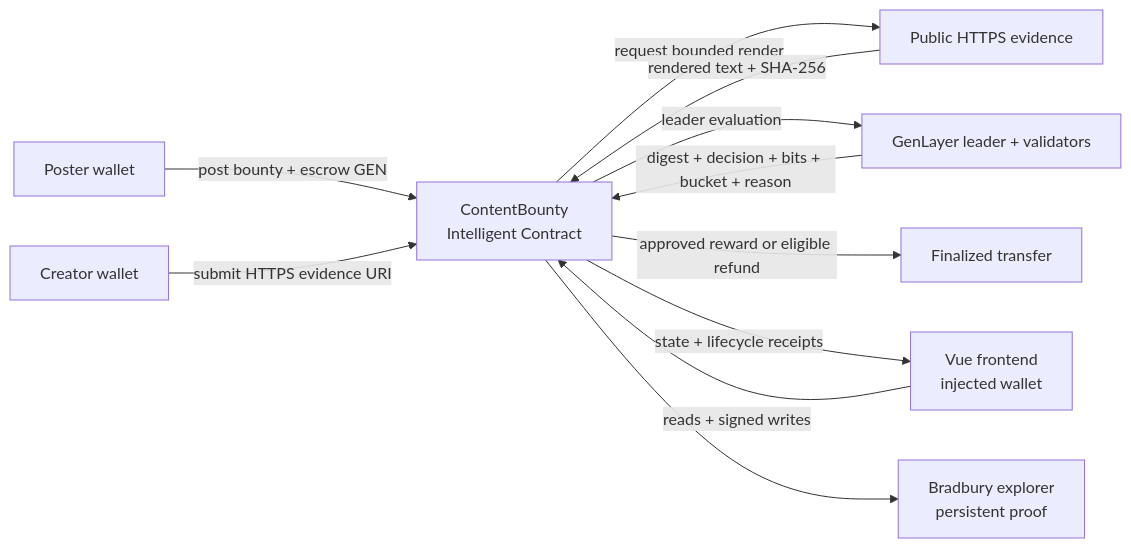
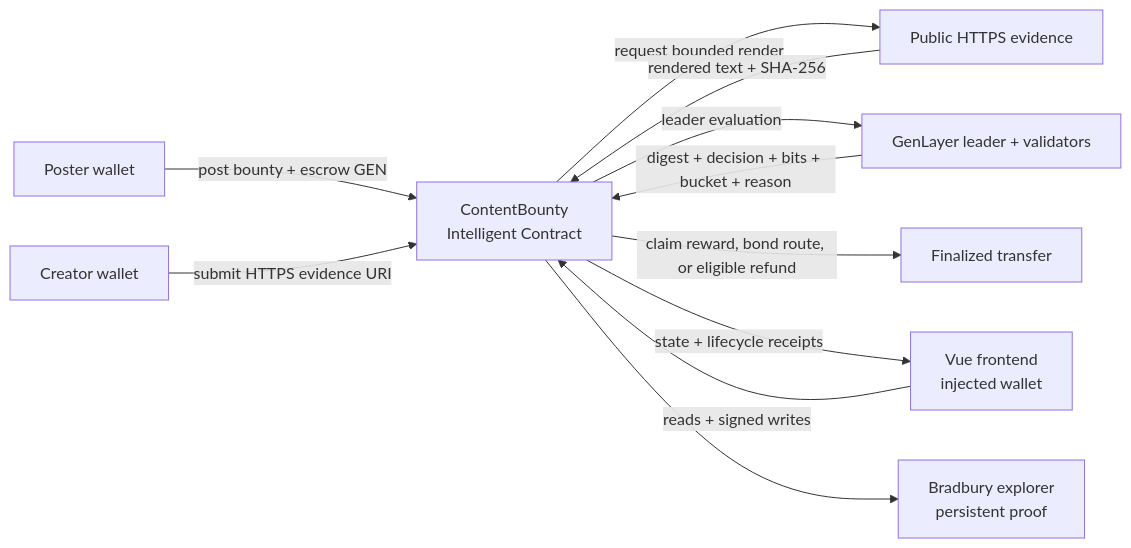
The diagram in README.md (unifyWeb3/contentbounty), drawn with Mermaid before and after one commit. The commit also changed other lines of this file and 16 other files, not shown here.

````diff
--- a/README.md
+++ b/README.md
@@ -106,13 +118,13 @@
 ```mermaid
 flowchart LR
     P[Poster wallet] -->|post bounty + escrow GEN| C[ContentBounty<br/>Intelligent Contract]
     R[Creator wallet] -->|submit HTTPS evidence URI| C
     C -->|request bounded render| E[Public HTTPS evidence]
     E -->|rendered text + SHA-256| C
     C -->|leader evaluation| V[GenLayer leader + validators]
     V -->|digest + decision + bits + bucket + reason| C
-    C -->|approved reward or eligible refund| T[Finalized transfer]
+   C -->|claim reward, bond route, or eligible refund| T[Finalized transfer]
     F[Vue frontend<br/>injected wallet] -->|reads + signed writes| C
     C -->|state + lifecycle receipts| F
     C --> X[Bradbury explorer<br/>persistent proof]
 ```
````
